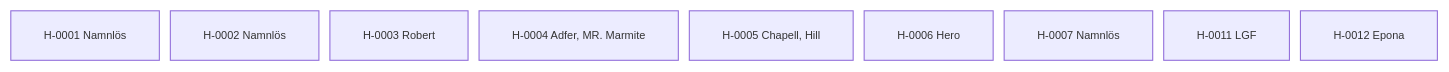
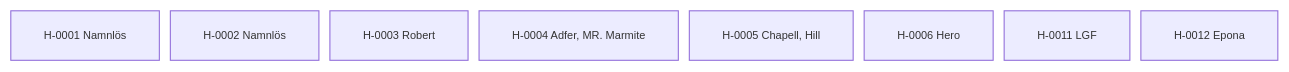
One commit to awoltmp/horse-registry changed the diagram in content/02. Register/02.3 Stamtavlor/Fristående hästar.md. Above: the diagram before and after it, drawn with Mermaid. The commit also changed other lines of this file and 47 other files, not shown here.

````diff
--- a/content/02. Register/02.3 Stamtavlor/Fristående hästar.md
+++ b/content/02. Register/02.3 Stamtavlor/Fristående hästar.md
@@ -26,14 +26,13 @@
 ```mermaid
 %%{init: {"flowchart": {"nodeSpacing": 10, "rankSpacing": 18, "curve": "basis", "htmlLabels": true}, "themeVariables": {"fontSize": "10px"}}}%%
 flowchart TB
     h0["H-0001 Namnlös"]
     h1["H-0002 Namnlös"]
     h2["H-0003 Robert"]
     h3["H-0004 Adfer, MR. Marmite"]
     h4["H-0005 Chapell, Hill"]
     h5["H-0006 Hero"]
-    h6["H-0007 Namnlös"]
-    h7["H-0011 LGF"]
-    h8["H-0012 Epona"]
-    class h0,h1,h2,h3,h4,h5,h6,h7,h8 internal-link;
+    h6["H-0011 LGF"]
+    h7["H-0012 Epona"]
+    class h0,h1,h2,h3,h4,h5,h6,h7 internal-link;
 ```
````
